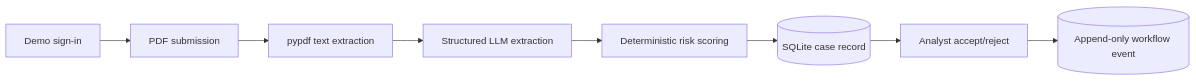
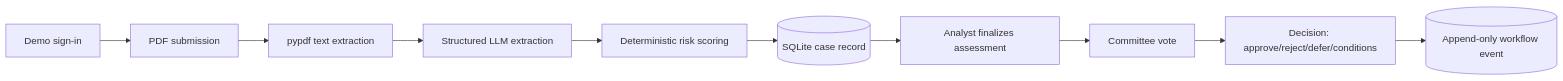
One commit to ebtenorio-myridius/geniushack3 changed the diagram in docs/presentation/deck.md. Above: the diagram before and after it, drawn with Mermaid. The commit also changed other lines of this file and 19 other files, not shown here.

Commit message:
re-aligned the flow closer to what the brief states

````diff
--- a/docs/presentation/deck.md
+++ b/docs/presentation/deck.md
@@ -41,10 +40,12 @@
 ```mermaid
 flowchart LR
     AUTH[Demo sign-in] --> PDF[PDF submission]
     PDF --> TEXT[pypdf text extraction]
     TEXT --> LLM[Structured LLM extraction]
     LLM --> SCORE[Deterministic risk scoring]
     SCORE --> CASE[(SQLite case record)]
-    CASE --> REVIEW[Analyst accept/reject]
-    REVIEW --> AUDIT[(Append-only workflow event)]
+    CASE --> REVIEW[Analyst finalizes assessment]
+    REVIEW --> COMMITTEE[Committee vote]
+    COMMITTEE --> DECISION[Decision: approve/reject/defer/conditions]
+    DECISION --> AUDIT[(Append-only workflow event)]
 ```
````
